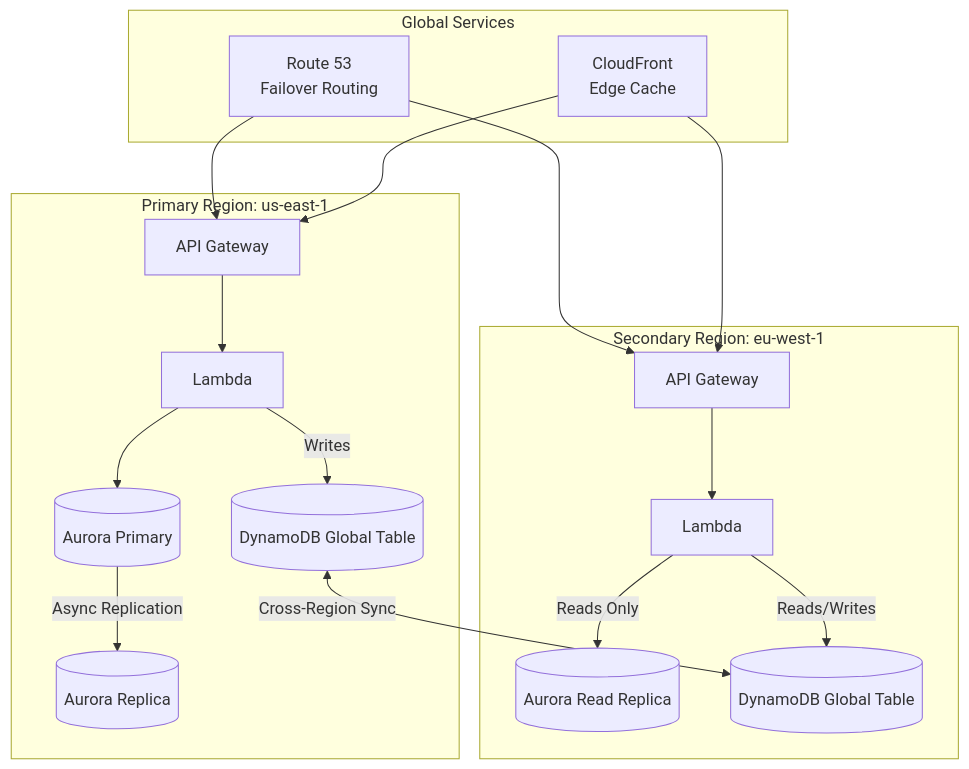
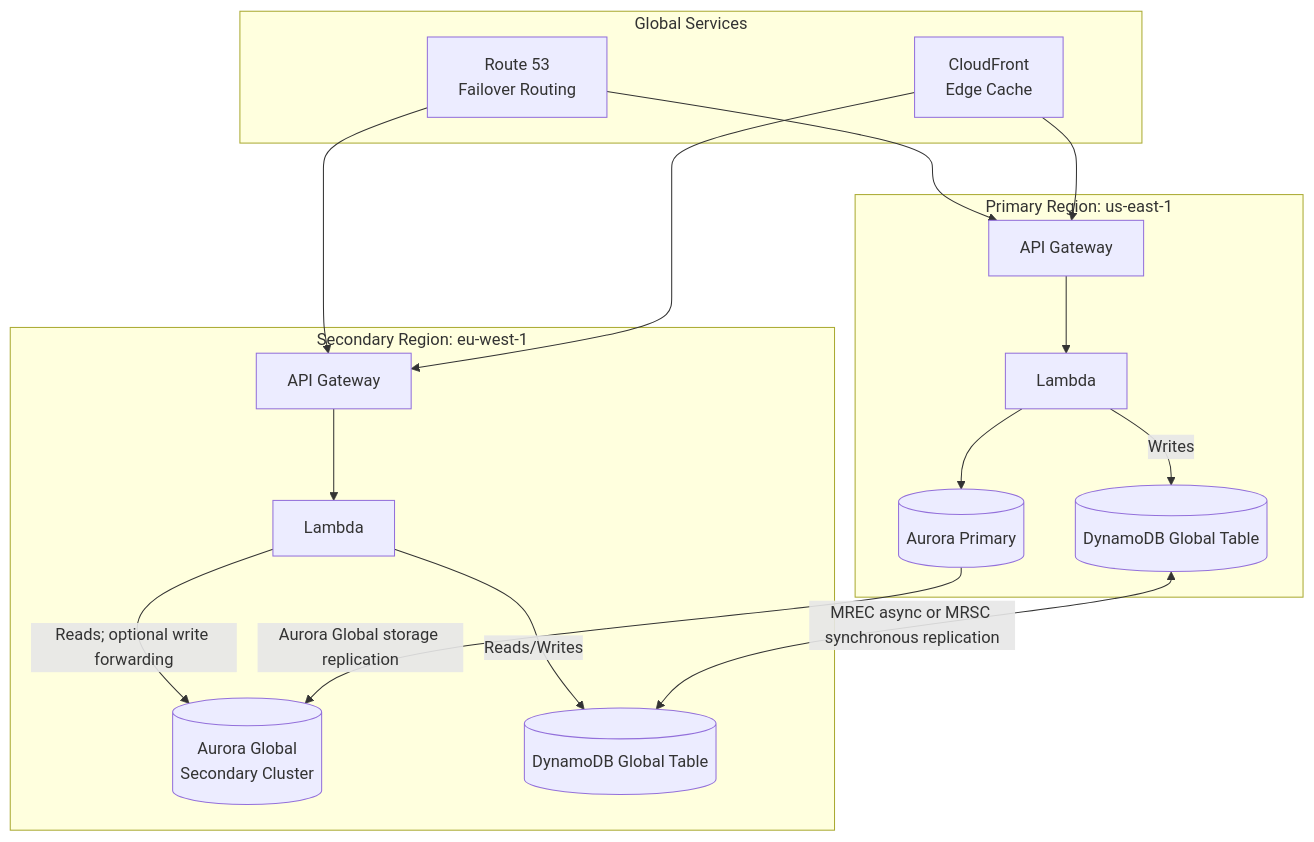
The fifth of 7 diagrams in Design/05-database-integration-patterns.md (AlexanderBesss/AWS_best_praactices), drawn with Mermaid before and after one commit. The commit also changed other lines of this file and 31 other files, not shown here.

````diff
--- a/Design/05-database-integration-patterns.md
+++ b/Design/05-database-integration-patterns.md
@@ -346,26 +356,26 @@
 ```mermaid
 graph TB
     subgraph "Primary Region: us-east-1"
         A1[API Gateway] --> B1[Lambda]
         B1 --> C1[(Aurora Primary)]
-        C1 -->|Async Replication| D1[(Aurora Replica)]
         B1 -->|Writes| E1[(DynamoDB Global Table)]
     end
     
     subgraph "Secondary Region: eu-west-1"
         A2[API Gateway] --> B2[Lambda]
-        B2 -->|Reads Only| D2[(Aurora Read Replica)]
+        B2 -->|Reads; optional write forwarding| D2[(Aurora Global<br/>Secondary Cluster)]
         B2 -->|Reads/Writes| E2[(DynamoDB Global Table)]
     end
     
     subgraph "Global Services"
-        E1 <-->|Cross-Region Sync| E2
+        E1 <-->|MREC async or MRSC synchronous replication| E2
         F[Route 53<br/>Failover Routing]
         G[CloudFront<br/>Edge Cache]
     end
     
     F --> A1
     F --> A2
     G --> A1
     G --> A2
+    C1 -->|Aurora Global storage replication| D2
 ```
````
